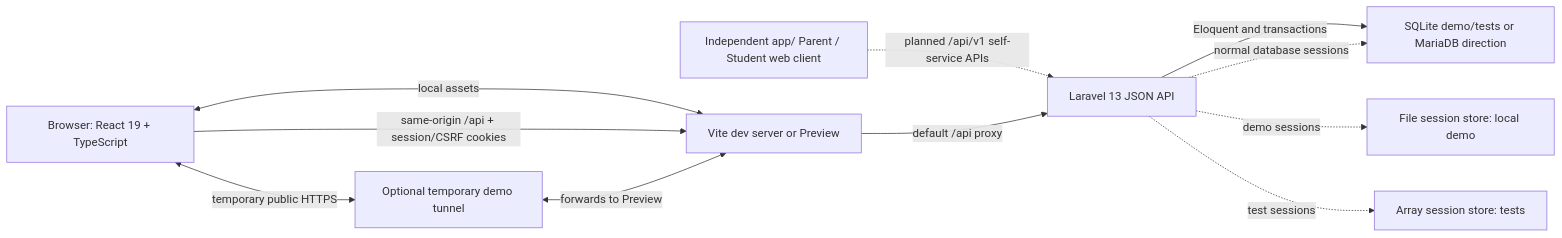
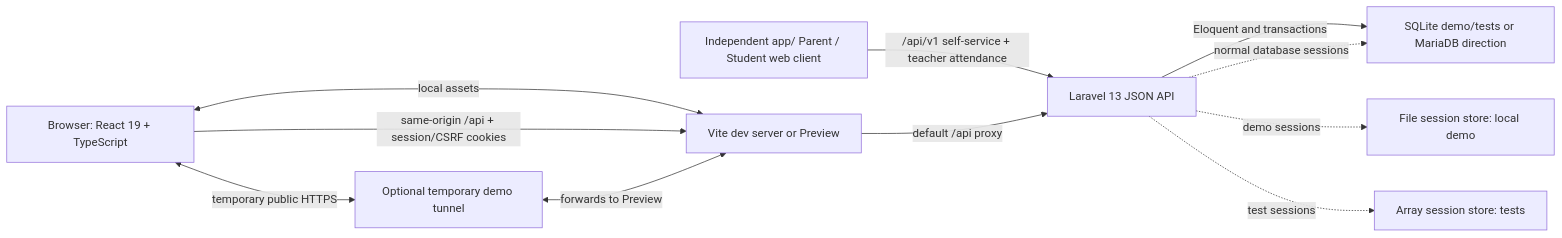
One commit to Kaikaiyng/Matahari changed the diagram in docs/architecture.md. Above: the diagram before and after it, drawn with Mermaid. The commit also changed other lines of this file and 32 other files, not shown here.

````diff
--- a/docs/architecture.md
+++ b/docs/architecture.md
@@ -9,22 +9,22 @@
 ```mermaid
 flowchart LR
     Browser["Browser: React 19 + TypeScript"]
     Mobile["Independent app/ Parent / Student web client"]
     Vite["Vite dev server or Preview"]
     API["Laravel 13 JSON API"]
     DB["SQLite demo/tests or MariaDB direction"]
     Files["File session store: local demo"]
     Memory["Array session store: tests"]
     Tunnel["Optional temporary demo tunnel"]
 
     Browser <-->|"local assets"| Vite
-    Mobile -.->|"planned /api/v1 self-service APIs"| API
+    Mobile -->|"/api/v1 self-service + teacher attendance"| API
     Browser -->|"same-origin /api + session/CSRF cookies"| Vite
     Browser <-->|"temporary public HTTPS"| Tunnel
     Tunnel <-->|"forwards to Preview"| Vite
     Vite -->|"default /api proxy"| API
     API -->|"Eloquent and transactions"| DB
     API -.->|"normal database sessions"| DB
     API -.->|"demo sessions"| Files
     API -.->|"test sessions"| Memory
 ```
````
